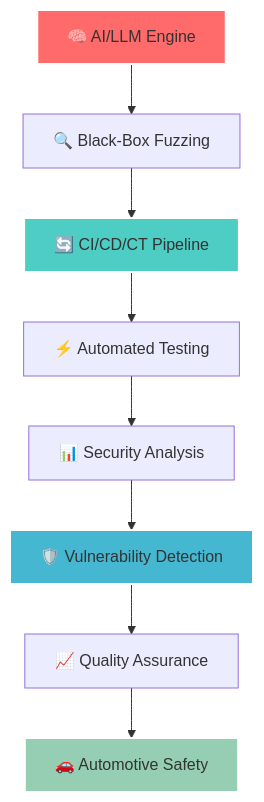
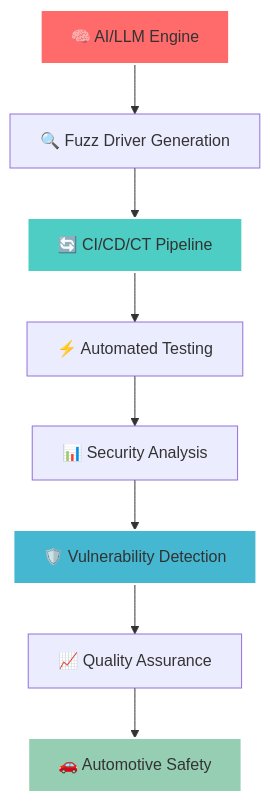
One commit to DARREN-2000/DARREN-2000 changed the second of 4 diagrams in README.md. Above: the diagram before and after it, drawn with Mermaid. The commit also changed other lines of this file, not shown here.

````diff
--- a/README.md
+++ b/README.md
@@ -133,15 +145,15 @@
 ```mermaid
 graph TD
-    A[🧠 AI/LLM Engine] --> B[🔍 Black-Box Fuzzing]
+    A[🧠 AI/LLM Engine] --> B[🔍 Fuzz Driver Generation]
     B --> C[🔄 CI/CD/CT Pipeline]
     C --> D[⚡ Automated Testing]
     D --> E[📊 Security Analysis]
     E --> F[🛡️ Vulnerability Detection]
     F --> G[📈 Quality Assurance]
     G --> H[🚗 Automotive Safety]
 
     style A fill:#FF6B6B,stroke:#fff,stroke-width:2px
     style C fill:#4ECDC4,stroke:#fff,stroke-width:2px
     style F fill:#45B7D1,stroke:#fff,stroke-width:2px
     style H fill:#96CEB4,stroke:#fff,stroke-width:2px
 ```
````
